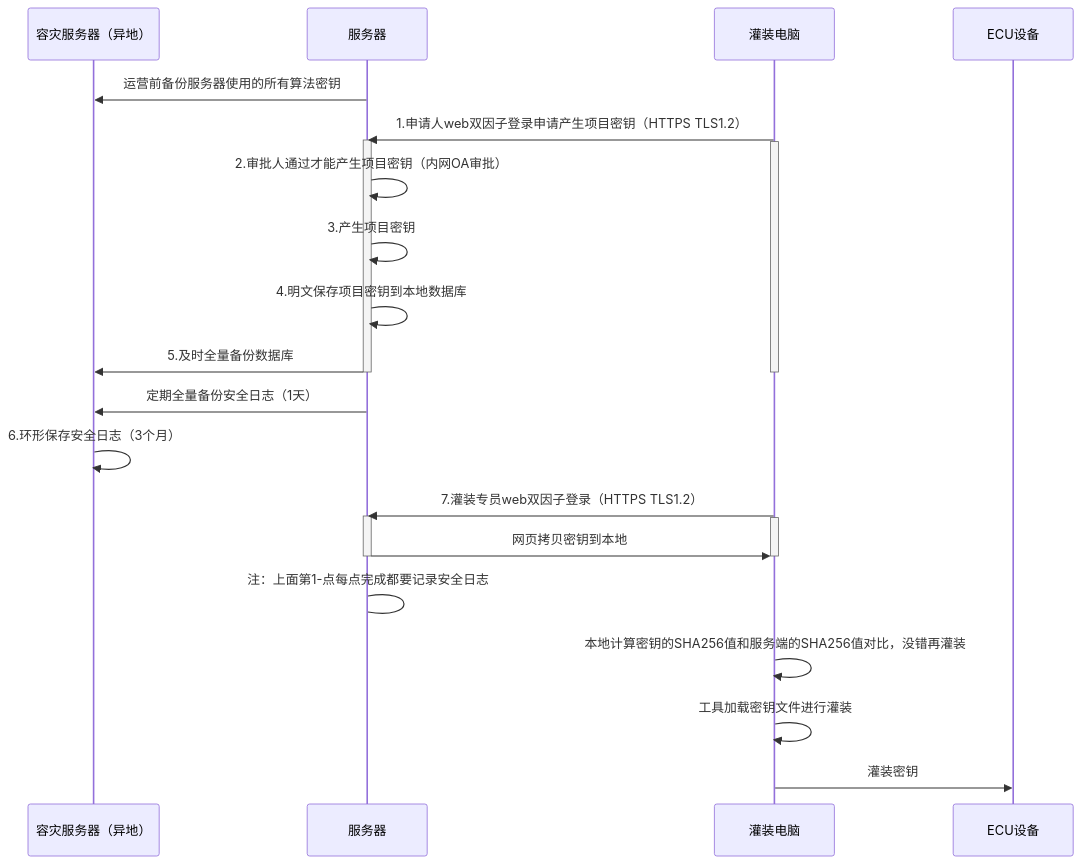
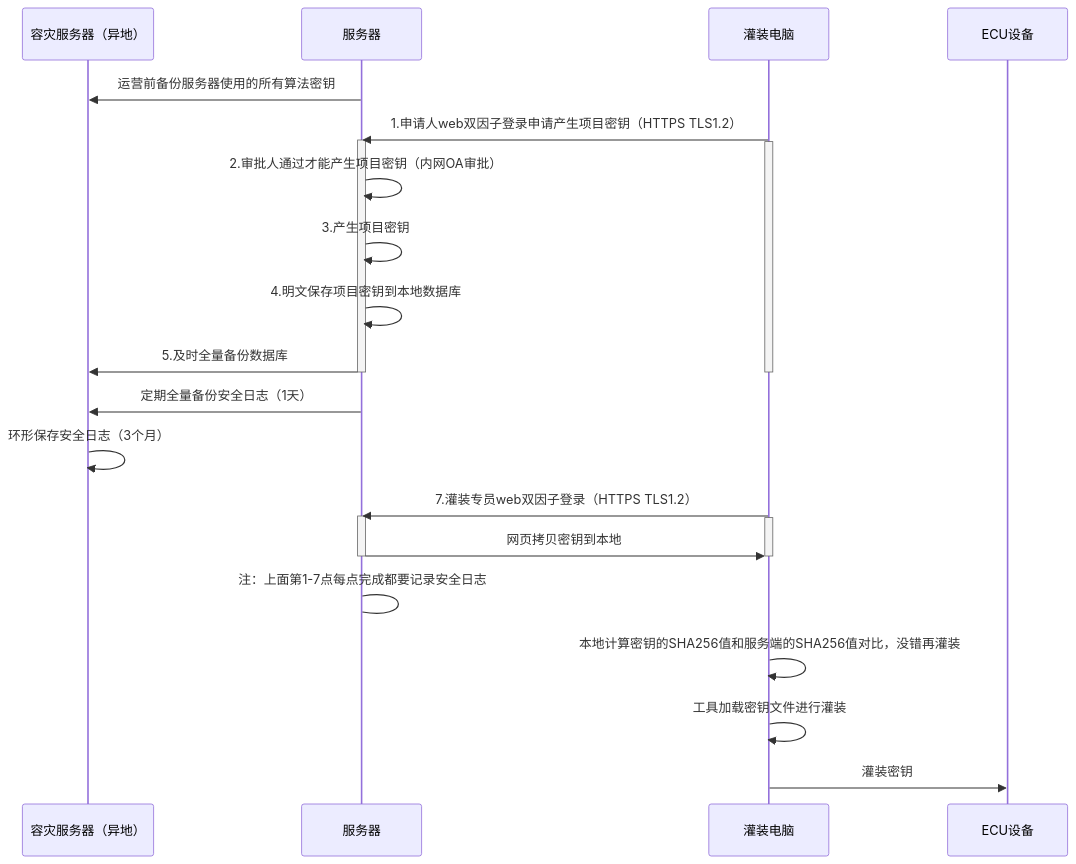
The diagram in all/未命名-20.md (facebook-cloud/iodraw-files), drawn with Mermaid before and after one commit.

Commit message:
2026-03-28 09:34:16 update

````diff
--- a/all/未命名-20.md
+++ b/all/未命名-20.md
@@ -1,35 +1,35 @@
 ```mermaid
 sequenceDiagram
     participant A as 容灾服务器（异地）
     participant B as 服务器
     participant D as 灌装电脑
     participant E as ECU设备
 
     B->>A: 运营前备份服务器使用的所有算法密钥
     D->>B: 1.申请人web双因子登录申请产生项目密钥（HTTPS TLS1.2）
     activate B
     activate D
     B->>B: 2.审批人通过才能产生项目密钥（内网OA审批）
     B->>B: 3.产生项目密钥
     B->>B: 4.明文保存项目密钥到本地数据库
     B->>A: 5.及时全量备份数据库
 
     deactivate B
     deactivate D
 
     B->>A: 定期全量备份安全日志（1天）
-    A->>A: 6.环形保存安全日志（3个月）
+    A->>A: 环形保存安全日志（3个月）
     
     D->>B: 7.灌装专员web双因子登录（HTTPS TLS1.2）
     activate B
     activate D
     B->>D: 网页拷贝密钥到本地
     deactivate B
     deactivate D
-    B->B: 注：上面第1-点每点完成都要记录安全日志
+    B->B: 注：上面第1-7点每点完成都要记录安全日志
 
     D->>D:本地计算密钥的SHA256值和服务端的SHA256值对比，没错再灌装
     D->>D:工具加载密钥文件进行灌装
     
     D->>E: 灌装密钥
 ```
````
